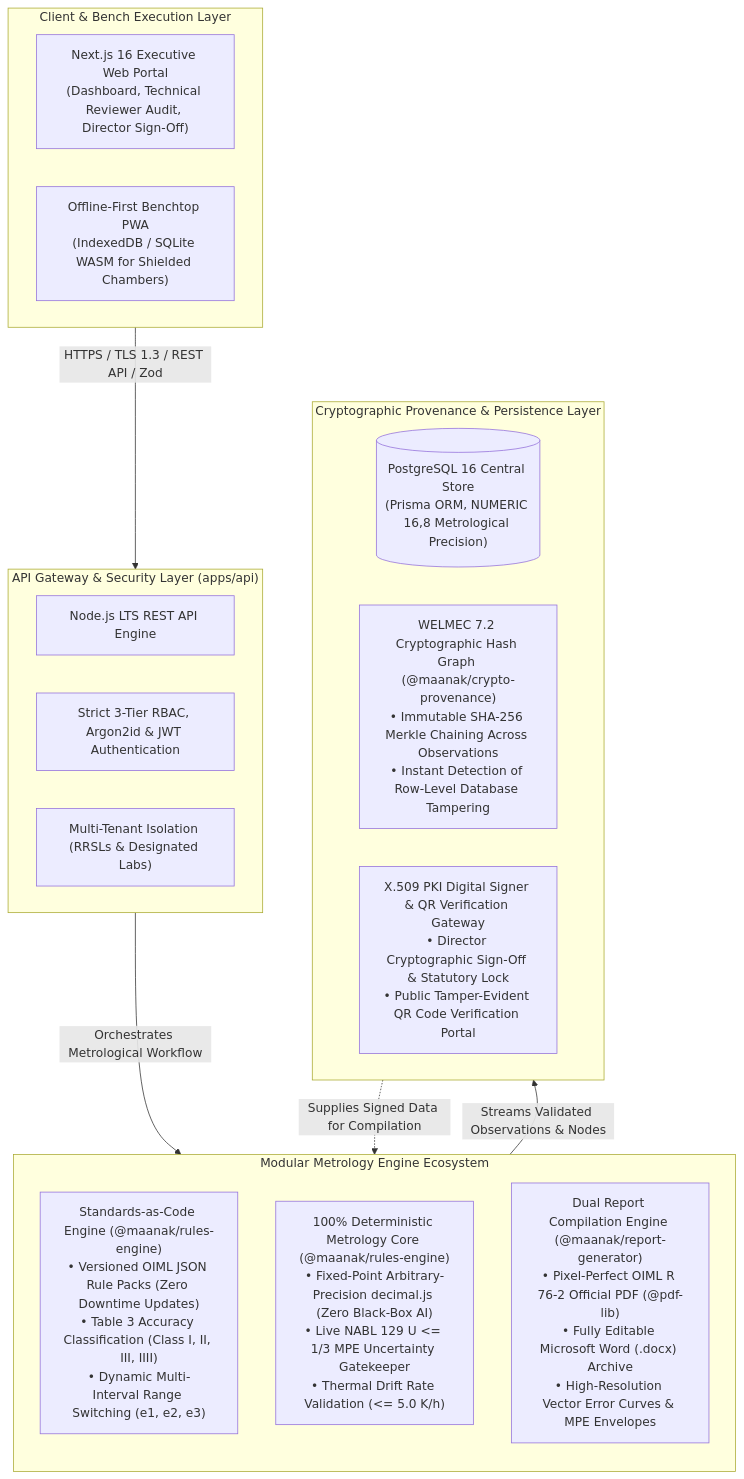
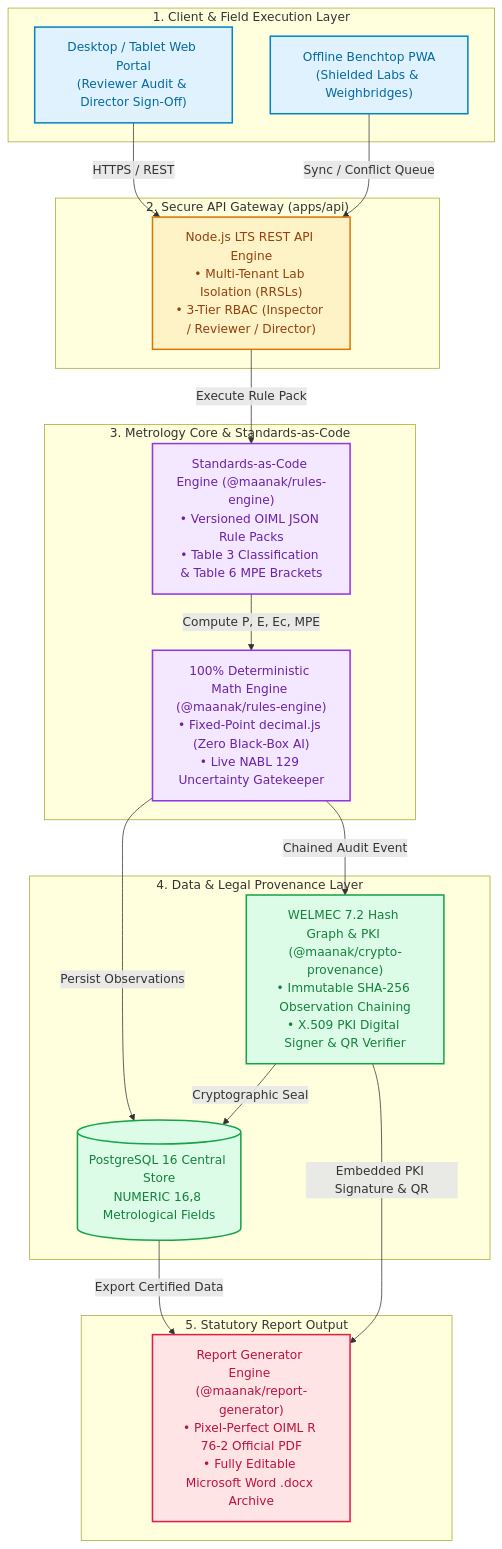
One commit to deepaksoni47/Maanak-monorepo changed the diagram in README.md. Above: the diagram before and after it, drawn with Mermaid.

````diff
--- a/README.md
+++ b/README.md
@@ -60,31 +60,44 @@
 ```mermaid
-flowchart TB
-    subgraph CLIENT["Client & Bench Execution Layer"]
-        WEB["Next.js 16 Executive Web Portal<br/>(Dashboard, Technical Reviewer Audit, Director Sign-Off)"]
-        PWA["Offline-First Benchtop PWA<br/>(IndexedDB / SQLite WASM for Shielded Chambers)"]
+flowchart TD
+    classDef client fill:#e0f2fe,stroke:#0284c7,stroke-width:2px,color:#0369a1;
+    classDef gateway fill:#fef3c7,stroke:#d97706,stroke-width:2px,color:#92400e;
+    classDef engine fill:#f3e8ff,stroke:#9333ea,stroke-width:2px,color:#6b21a8;
+    classDef data fill:#dcfce7,stroke:#16a34a,stroke-width:2px,color:#15803d;
+    classDef report fill:#ffe4e6,stroke:#e11d48,stroke-width:2px,color:#be123c;
+
+    subgraph CLIENT["1. Client & Field Execution Layer"]
+        WEB["Desktop / Tablet Web Portal<br/>(Reviewer Audit & Director Sign-Off)"]:::client
+        PWA["Offline Benchtop PWA<br/>(Shielded Labs & Weighbridges)"]:::client
     end
 
-    subgraph GATEWAY["API Gateway & Security Layer (apps/api)"]
-        API["Node.js LTS REST API Engine"]
-        SEC["Strict 3-Tier RBAC, Argon2id & JWT Authentication"]
-        TENANT["Multi-Tenant Isolation (RRSLs & Designated Labs)"]
+    subgraph GATEWAY["2. Secure API Gateway (apps/api)"]
+        API["Node.js LTS REST API Engine<br/>• Multi-Tenant Lab Isolation (RRSLs)<br/>• 3-Tier RBAC (Inspector / Reviewer / Director)"]:::gateway
     end
 
-    subgraph ENGINES["Modular Metrology Engine Ecosystem"]
-        direction TB
-        STANDARDS["Standards-as-Code Engine (@maanak/rules-engine)<br/>• Versioned OIML JSON Rule Packs (Zero Downtime Updates)<br/>• Table 3 Accuracy Classification (Class I, II, III, IIII)<br/>• Dynamic Multi-Interval Range Switching (e1, e2, e3)"]
-        MATH["100% Deterministic Metrology Core (@maanak/rules-engine)<br/>• Fixed-Point Arbitrary-Precision decimal.js (Zero Black-Box AI)<br/>• Live NABL 129 U <= 1/3 MPE Uncertainty Gatekeeper<br/>• Thermal Drift Rate Validation (<= 5.0 K/h)"]
-        REPORT["Dual Report Compilation Engine (@maanak/report-generator)<br/>• Pixel-Perfect OIML R 76-2 Official PDF (@pdf-lib)<br/>• Fully Editable Microsoft Word (.docx) Archive<br/>• High-Resolution Vector Error Curves & MPE Envelopes"]
+    subgraph CORE["3. Metrology Core & Standards-as-Code"]
+        RULES["Standards-as-Code Engine (@maanak/rules-engine)<br/>• Versioned OIML JSON Rule Packs<br/>• Table 3 Classification & Table 6 MPE Brackets"]:::engine
+        CALC["100% Deterministic Math Engine (@maanak/rules-engine)<br/>• Fixed-Point decimal.js (Zero Black-Box AI)<br/>• Live NABL 129 Uncertainty Gatekeeper"]:::engine
     end
 
-    subgraph PERSISTENCE["Cryptographic Provenance & Persistence Layer"]
-        DB[("PostgreSQL 16 Central Store<br/>(Prisma ORM, NUMERIC 16,8 Metrological Precision)")]
-        WELMEC["WELMEC 7.2 Cryptographic Hash Graph (@maanak/crypto-provenance)<br/>• Immutable SHA-256 Merkle Chaining Across Observations<br/>• Instant Detection of Row-Level Database Tampering"]
-        PKI["X.509 PKI Digital Signer & QR Verification Gateway<br/>• Director Cryptographic Sign-Off & Statutory Lock<br/>• Public Tamper-Evident QR Code Verification Portal"]
+    subgraph PROVENANCE["4. Data & Legal Provenance Layer"]
+        DB[("PostgreSQL 16 Central Store<br/>NUMERIC 16,8 Metrological Fields")]:::data
+        CHAIN["WELMEC 7.2 Hash Graph & PKI (@maanak/crypto-provenance)<br/>• Immutable SHA-256 Observation Chaining<br/>• X.509 PKI Digital Signer & QR Verifier"]:::data
     end
 
-    CLIENT -->|"HTTPS / TLS 1.3 / REST API / Zod"| GATEWAY
-    GATEWAY -->|"Orchestrates Metrological Workflow"| ENGINES
-    ENGINES -->|"Streams Validated Observations & Nodes"| PERSISTENCE
-    PERSISTENCE -.->|"Supplies Signed Data for Compilation"| REPORT
+    subgraph OUTPUT["5. Statutory Report Output"]
+        DOCS["Report Generator Engine (@maanak/report-generator)<br/>• Pixel-Perfect OIML R 76-2 Official PDF<br/>• Fully Editable Microsoft Word .docx Archive"]:::report
+    end
+
+    WEB -->|"HTTPS / REST"| API
+    PWA -->|"Sync / Conflict Queue"| API
+
+    API -->|"Execute Rule Pack"| RULES
+    RULES -->|"Compute P, E, Ec, MPE"| CALC
+
+    CALC -->|"Persist Observations"| DB
+    CALC -->|"Chained Audit Event"| CHAIN
+    CHAIN -->|"Cryptographic Seal"| DB
+
+    DB -->|"Export Certified Data"| DOCS
+    CHAIN -->|"Embedded PKI Signature & QR"| DOCS
 ```
````
